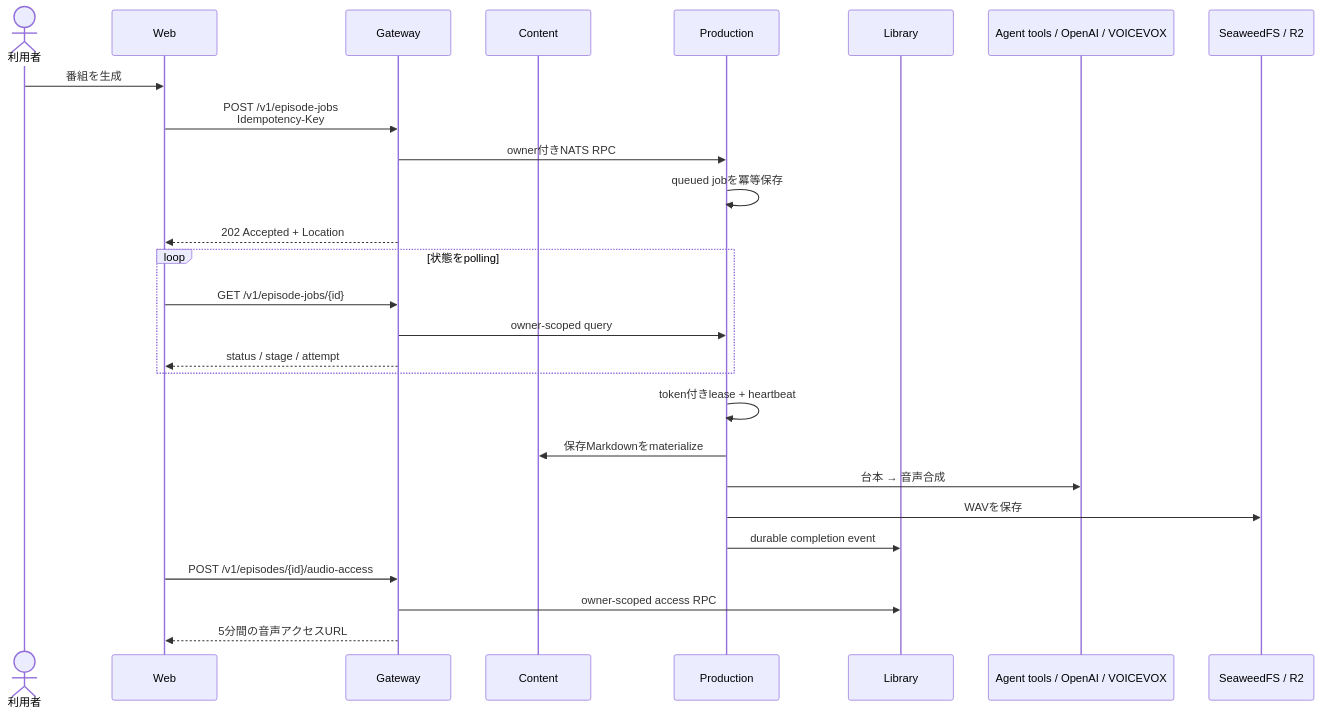
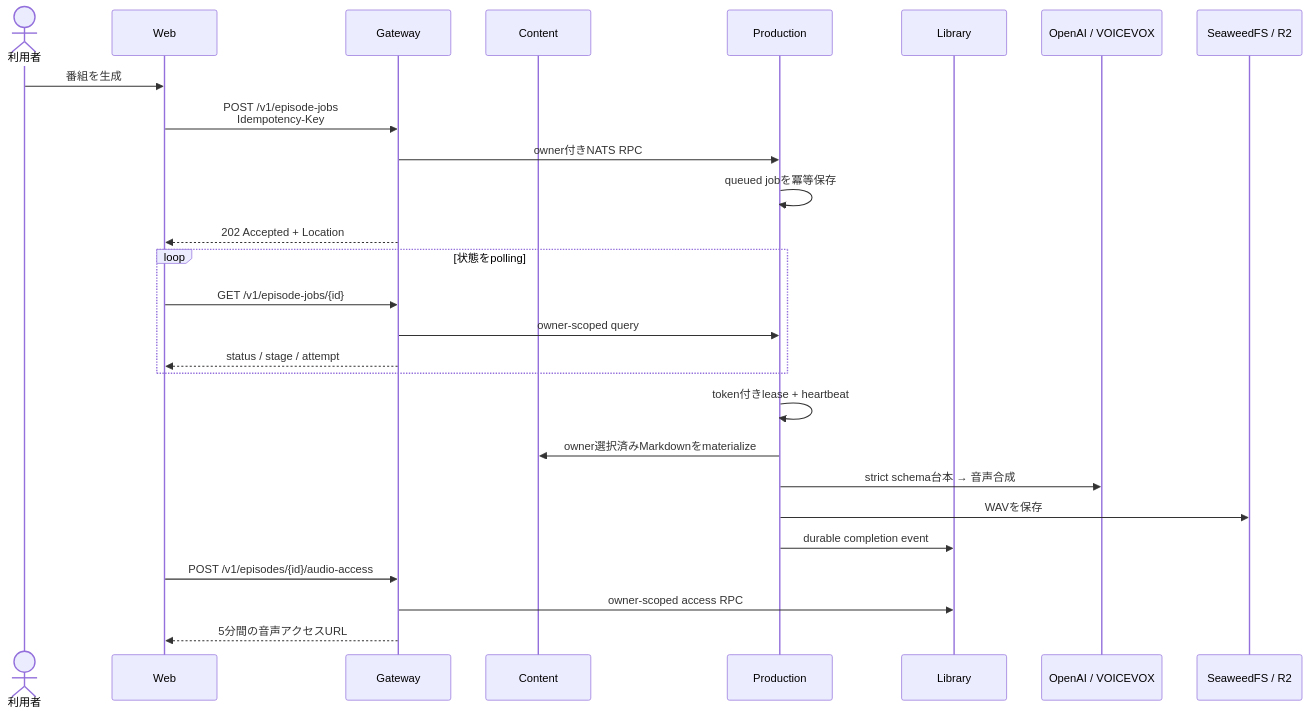
The sixth of 9 diagrams in docs/architecture.md (r4ai/news-podcast), drawn with Mermaid before and after one commit. The commit also changed other lines of this file and 9 other files, not shown here.

Commit message:
docs(architecture): close functional DDD migration

````diff
--- a/docs/architecture.md
+++ b/docs/architecture.md
@@ -219,30 +220,30 @@
 ```mermaid
 sequenceDiagram
   actor User as 利用者
   participant Web
   participant Gateway
   participant Content
   participant Production
   participant Library
-  participant Providers as Agent tools / OpenAI / VOICEVOX
+  participant Providers as OpenAI / VOICEVOX
   participant Objects as SeaweedFS / R2
 
   User->>Web: 番組を生成
   Web->>Gateway: POST /v1/episode-jobs<br/>Idempotency-Key
   Gateway->>Production: owner付きNATS RPC
   Production->>Production: queued jobを冪等保存
   Gateway-->>Web: 202 Accepted + Location
   loop 状態をpolling
     Web->>Gateway: GET /v1/episode-jobs/{id}
     Gateway->>Production: owner-scoped query
     Gateway-->>Web: status / stage / attempt
   end
   Production->>Production: token付きlease + heartbeat
-  Production->>Content: 保存Markdownをmaterialize
-  Production->>Providers: 台本 → 音声合成
+  Production->>Content: owner選択済みMarkdownをmaterialize
+  Production->>Providers: strict schema台本 → 音声合成
   Production->>Objects: WAVを保存
   Production->>Library: durable completion event
   Web->>Gateway: POST /v1/episodes/{id}/audio-access
   Gateway->>Library: owner-scoped access RPC
   Gateway-->>Web: 5分間の音声アクセスURL
 ```
````
